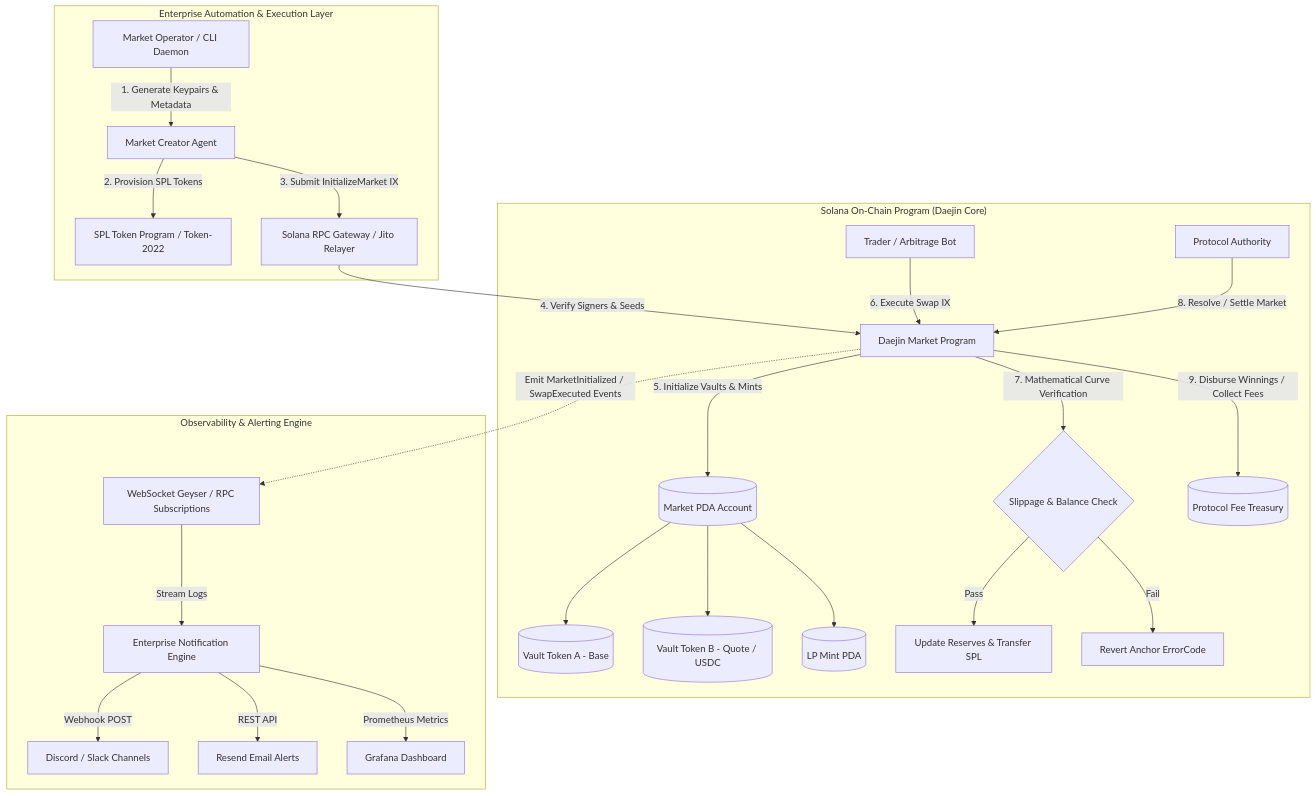
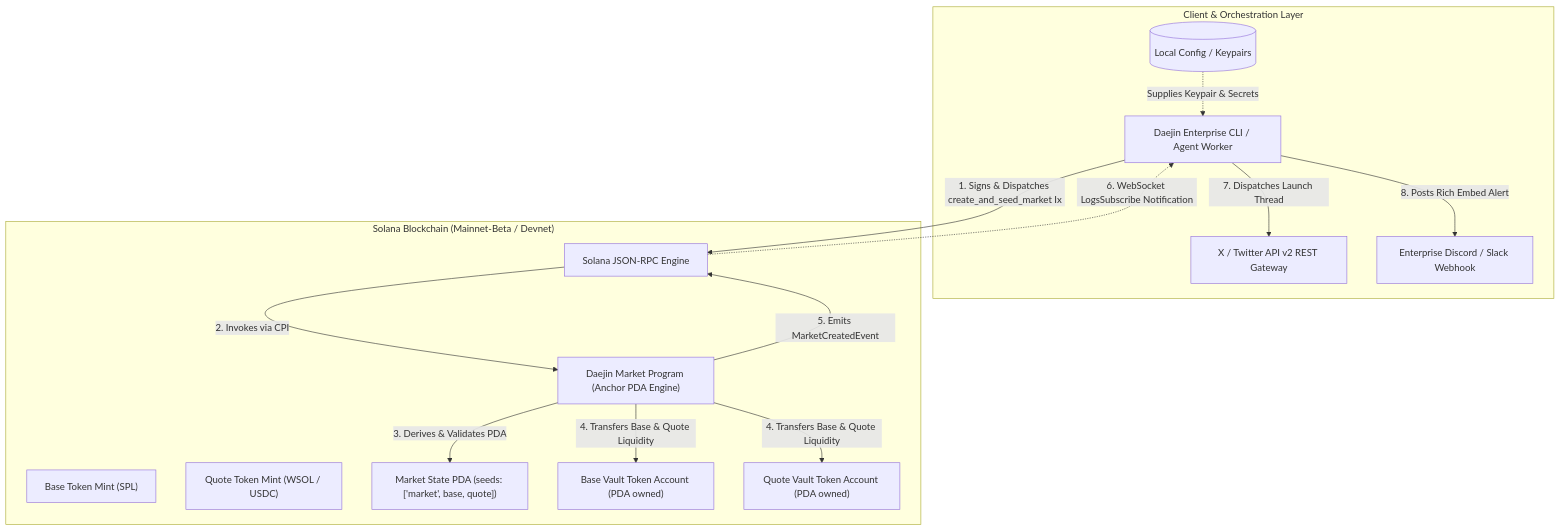
One commit to wiliancolomboo-tech/web3-launch---trade-on-daejin--write-a-t-7d326f changed the diagram in README.md. Above: the diagram before and after it, drawn with Mermaid. The commit also changed other lines of this file and 241 other files, not shown here.

````diff
--- a/README.md
+++ b/README.md
@@ -30,32 +35,30 @@
 ```mermaid
 flowchart TD
-    subgraph ClientLayer["Enterprise Automation & Execution Layer"]
-        A[Market Operator / CLI Daemon] -->|1. Generate Keypairs & Metadata| B[Market Creator Agent]
-        B -->|2. Provision SPL Tokens| C[SPL Token Program / Token-2022]
-        B -->|3. Submit InitializeMarket IX| D[Solana RPC Gateway / Jito Relayer]
+    subgraph Client_and_Automation["Client & Orchestration Layer"]
+        CLI[Daejin Enterprise CLI / Agent Worker]
+        Config[(Local Config / Keypairs)]
+        X_API[X / Twitter API v2 REST Gateway]
+        Discord_Webhook[Enterprise Discord / Slack Webhook]
     end
 
-    subgraph SolanaCluster["Solana On-Chain Program (Daejin Core)"]
-        D -->|4. Verify Signers & Seeds| E[Daejin Market Program]
-        E -->|5. Initialize Vaults & Mints| F[(Market PDA Account)]
-        F --> G[(Vault Token A - Base)]
-        F --> H[(Vault Token B - Quote / USDC)]
-        F --> I[(LP Mint PDA)]
-        
-        J[Trader / Arbitrage Bot] -->|6. Execute Swap IX| E
-        E -->|7. Mathematical Curve Verification| K{Slippage & Balance Check}
-        K -->|Pass| L[Update Reserves & Transfer SPL]
-        K -->|Fail| M[Revert Anchor ErrorCode]
-        
-        N[Protocol Authority] -->|8. Resolve / Settle Market| E
-        E -->|9. Disburse Winnings / Collect Fees| O[(Protocol Fee Treasury)]
+    subgraph Solana_Runtime["Solana Blockchain (Mainnet-Beta / Devnet)"]
+        RPC[Solana JSON-RPC Engine]
+        Daejin_Prog["Daejin Market Program (Anchor PDA Engine)"]
+        Base_Mint["Base Token Mint (SPL)"]
+        Quote_Mint["Quote Token Mint (WSOL / USDC)"]
+        Market_PDA["Market State PDA (seeds: ['market', base, quote])"]
+        Vault_Base["Base Vault Token Account (PDA owned)"]
+        Vault_Quote["Quote Vault Token Account (PDA owned)"]
     end
 
-    subgraph EnterpriseRelay["Observability & Alerting Engine"]
-        E -.->|Emit MarketInitialized / SwapExecuted Events| P[WebSocket Geyser / RPC Subscriptions]
-        P -->|Stream Logs| Q[Enterprise Notification Engine]
-        Q -->|Webhook POST| R[Discord / Slack Channels]
-        Q -->|REST API| S[Resend Email Alerts]
-        Q -->|Prometheus Metrics| T[Grafana Dashboard]
-    end
+    CLI -->|1. Signs & Dispatches create_and_seed_market Ix| RPC
+    Config -.->|Supplies Keypair & Secrets| CLI
+    RPC -->|2. Invokes via CPI| Daejin_Prog
+    Daejin_Prog -->|3. Derives & Validates PDA| Market_PDA
+    Daejin_Prog -->|4. Transfers Base & Quote Liquidity| Vault_Base
+    Daejin_Prog -->|4. Transfers Base & Quote Liquidity| Vault_Quote
+    Daejin_Prog -->|5. Emits MarketCreatedEvent| RPC
+    RPC -.->|6. WebSocket LogsSubscribe Notification| CLI
+    CLI -->|7. Dispatches Launch Thread| X_API
+    CLI -->|8. Posts Rich Embed Alert| Discord_Webhook
 ```
````
